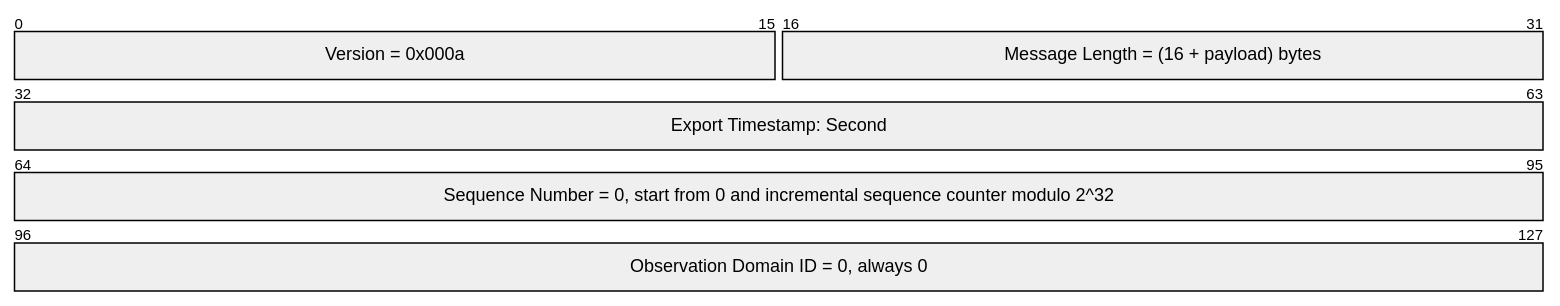
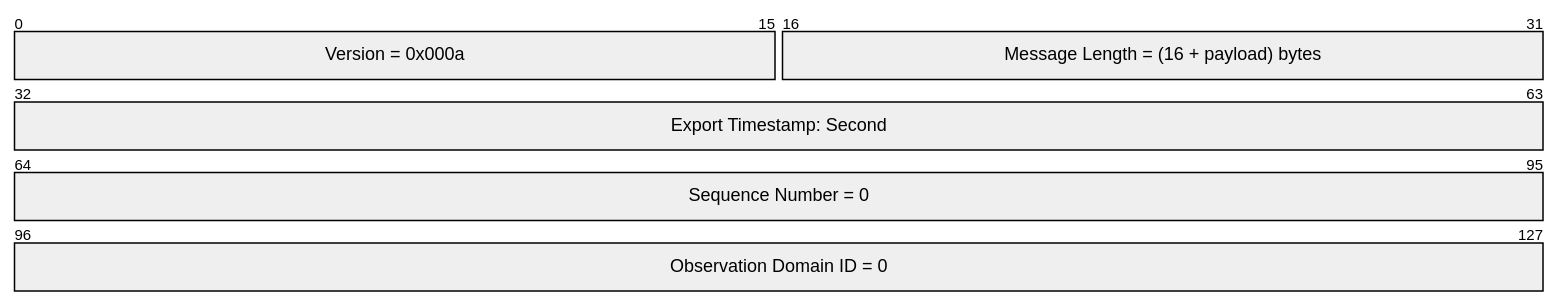
One commit to opencomputeproject/SAI changed the second of 9 diagrams in doc/TAM/SAI-Proposal-TAM-stream-telemetry.md. Above: the diagram before and after it, drawn with Mermaid. The commit also changed other lines of this file, not shown here.

Commit message:
Update Observation Domain ID description in TAM streaming proposal (#2296)

````diff
--- a/doc/TAM/SAI-Proposal-TAM-stream-telemetry.md
+++ b/doc/TAM/SAI-Proposal-TAM-stream-telemetry.md
@@ -137,13 +137,13 @@
 ``` mermaid
 
 ---
 title: stream message IPFIX header
 ---
 packet-beta
 0-15: "Version = 0x000a"
 16-31: "Message Length = (16 + payload) bytes"
 32-63: "Export Timestamp: Second"
-64-95: "Sequence Number = 0, start from 0 and incremental sequence counter modulo 2^32"
-96-127: "Observation Domain ID = 0, always 0"
+64-95: "Sequence Number = 0"
+96-127: "Observation Domain ID = 0"
 
 ```
````
